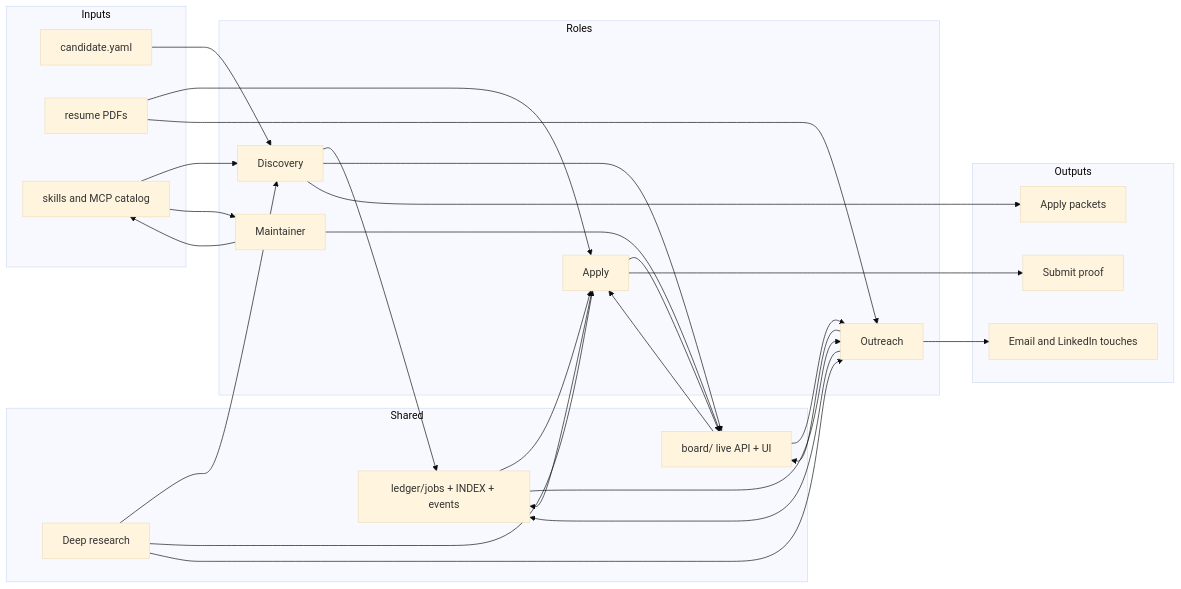
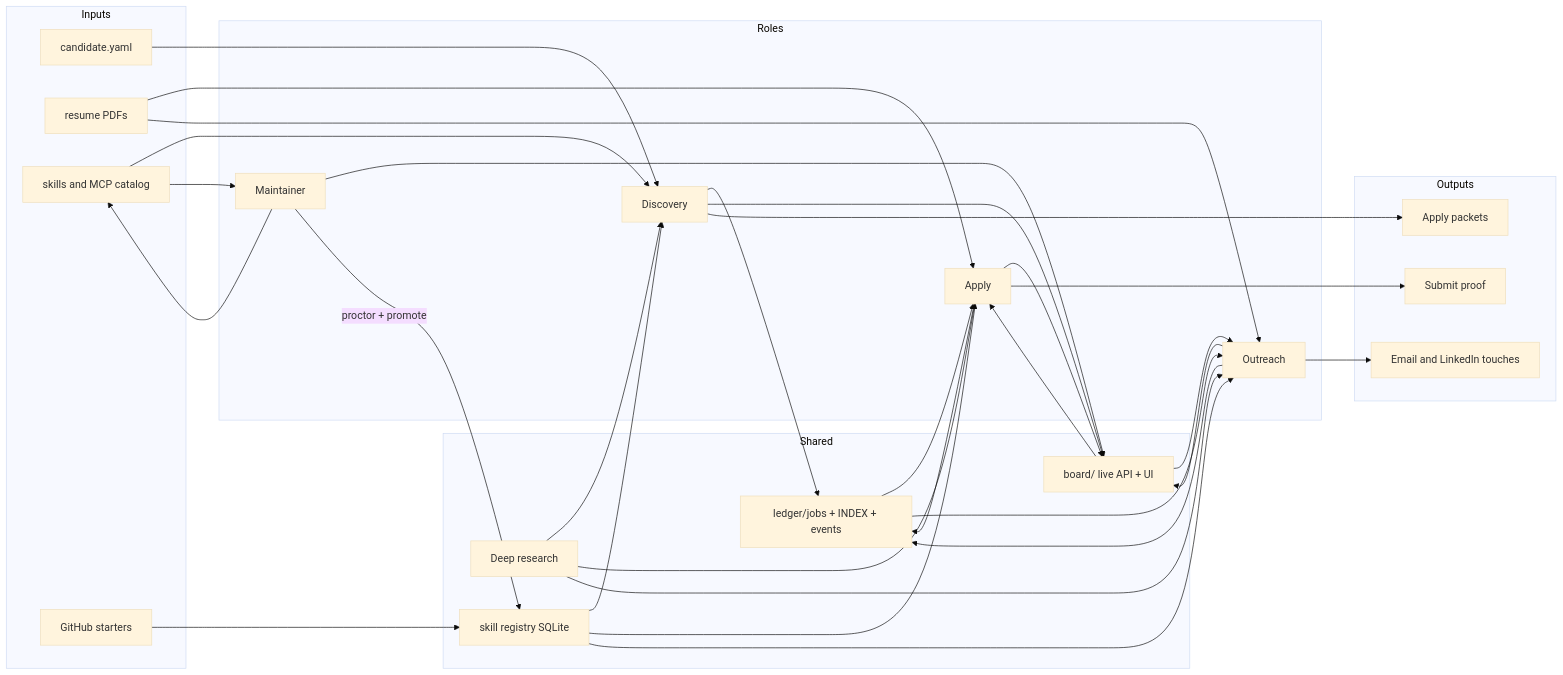
Before and after one commit to unownone/jobos: the first of 2 diagrams in docs/architecture.md, drawn with Mermaid (base theme). The commit also changed other lines of this file and 57 other files, not shown here.

First line of the commit message:
Add Hub skill registry seeded from GitHub starters

````diff
--- a/docs/architecture.md
+++ b/docs/architecture.md
@@ -15,51 +16,58 @@
 ```mermaid
 flowchart LR
   subgraph inputs [Inputs]
     candidate[candidate.yaml]
     resumes[resume PDFs]
     catalog[skills and MCP catalog]
+    starters[GitHub starters]
   end
 
   subgraph roles [Roles]
     d[Discovery]
     a[Apply]
     o[Outreach]
     m[Maintainer]
   end
 
   subgraph shared [Shared]
     research[Deep research]
     ledger[ledger/jobs + INDEX + events]
     board[board/ live API + UI]
+    registry[skill registry SQLite]
   end
 
   subgraph outputs [Outputs]
     packets[Apply packets]
     proof[Submit proof]
     touches[Email and LinkedIn touches]
   end
 
   candidate --> d
   resumes --> a
   resumes --> o
   catalog --> d
   catalog --> m
+  starters --> registry
+  registry --> d
+  registry --> a
+  registry --> o
   m --> catalog
   m --> board
+  m -->|"proctor + promote"| registry
   research --> d
   research --> a
   research --> o
   d --> ledger
   d --> board
   ledger --> a
   board --> a
   a --> ledger
   a --> board
   ledger --> o
   board --> o
   o --> ledger
   o --> board
   d --> packets
   a --> proof
   o --> touches
 ```
````
